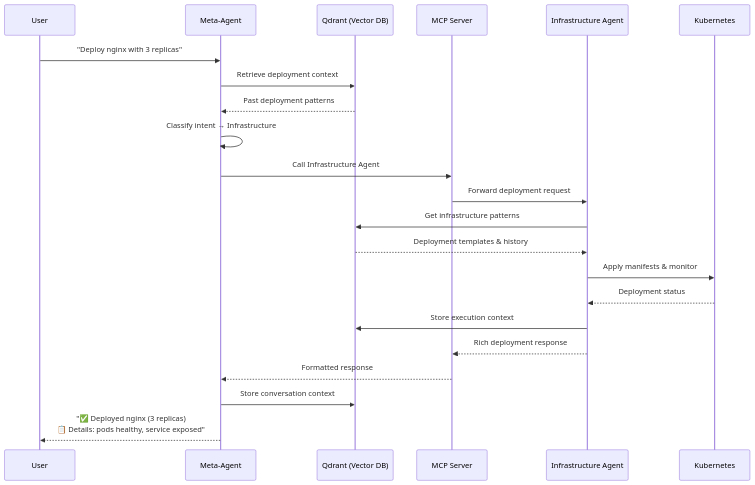
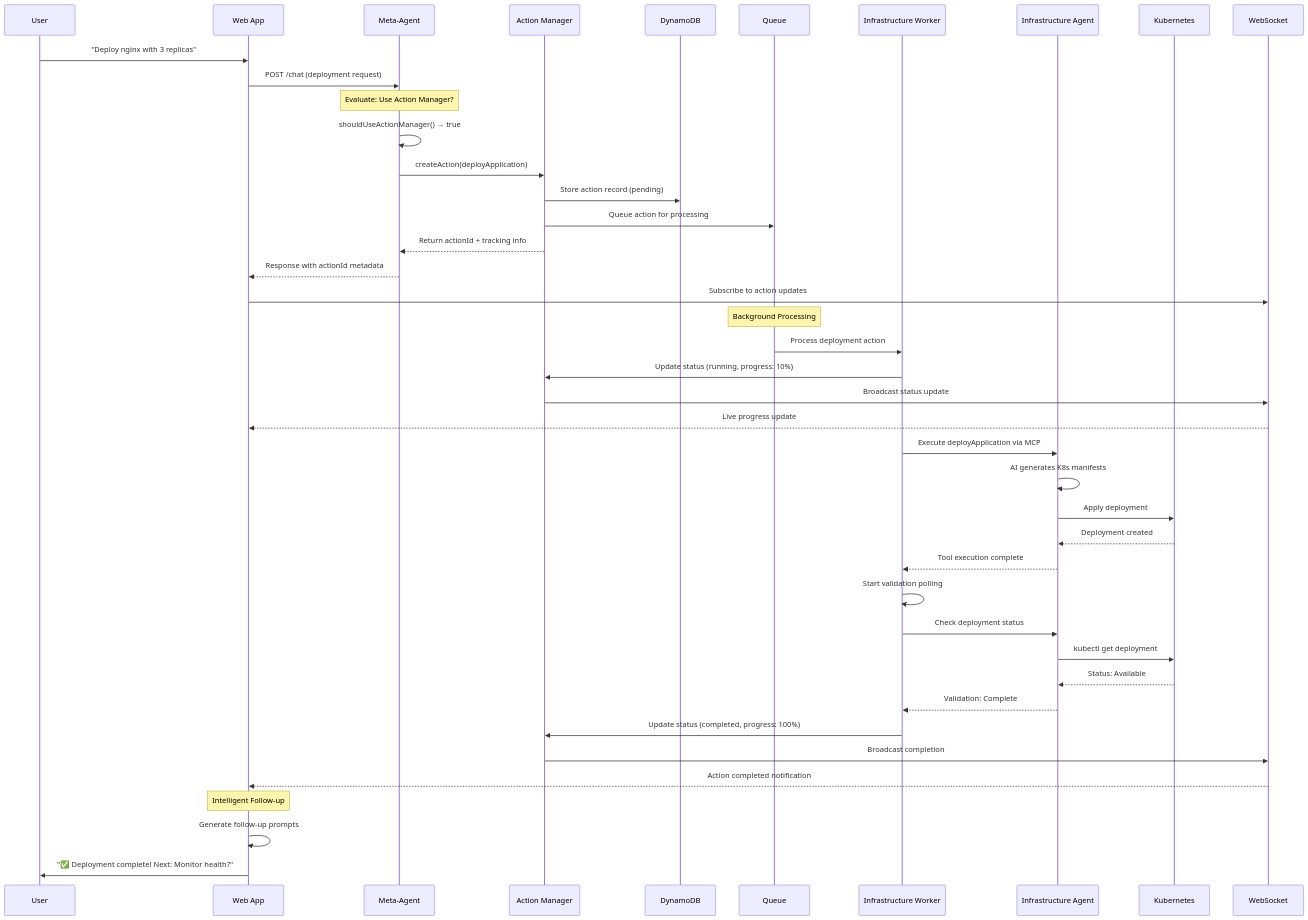
Before and after one commit to ayansasmal/idp-agent: the third of 6 diagrams in docs/MULTI-AGENT-ARCHITECTURE.md, drawn with Mermaid. The commit also changed other lines of this file and 4 other files, not shown here.

````diff
--- a/docs/MULTI-AGENT-ARCHITECTURE.md
+++ b/docs/MULTI-AGENT-ARCHITECTURE.md
@@ -40,25 +211,53 @@
 ```mermaid
 sequenceDiagram
     participant U as User
+    participant W as Web App
     participant M as Meta-Agent
-    participant Q as Qdrant (Vector DB)
-    participant MCP as MCP Server
+    participant AM as Action Manager
+    participant DB as DynamoDB
+    participant Q as Queue
+    participant IW as Infrastructure Worker
     participant IA as Infrastructure Agent
     participant K as Kubernetes
+    participant WS as WebSocket
 
-    U->>M: "Deploy nginx with 3 replicas"
-    M->>Q: Retrieve deployment context
-    Q-->>M: Past deployment patterns
-    M->>M: Classify intent → Infrastructure
-    M->>MCP: Call Infrastructure Agent
-    MCP->>IA: Forward deployment request
-    IA->>Q: Get infrastructure patterns
-    Q-->>IA: Deployment templates & history
-    IA->>K: Apply manifests & monitor
-    K-->>IA: Deployment status
-    IA->>Q: Store execution context
-    IA-->>MCP: Rich deployment response
-    MCP-->>M: Formatted response
-    M->>Q: Store conversation context
-    M-->>U: "✅ Deployed nginx (3 replicas)<br/>📋 Details: pods healthy, service exposed"
+    U->>W: "Deploy nginx with 3 replicas"
+    W->>M: POST /chat (deployment request)
+    
+    Note over M: Evaluate: Use Action Manager?
+    M->>M: shouldUseActionManager() → true
+    
+    M->>AM: createAction(deployApplication)
+    AM->>DB: Store action record (pending)
+    AM->>Q: Queue action for processing
+    AM-->>M: Return actionId + tracking info
+    
+    M-->>W: Response with actionId metadata
+    W->>WS: Subscribe to action updates
+    
+    Note over Q: Background Processing
+    Q->>IW: Process deployment action
+    IW->>AM: Update status (running, progress: 10%)
+    AM->>WS: Broadcast status update
+    WS-->>W: Live progress update
+    
+    IW->>IA: Execute deployApplication via MCP
+    IA->>IA: AI generates K8s manifests
+    IA->>K: Apply deployment
+    K-->>IA: Deployment created
+    IA-->>IW: Tool execution complete
+    
+    IW->>IW: Start validation polling
+    IW->>IA: Check deployment status
+    IA->>K: kubectl get deployment
+    K-->>IA: Status: Available
+    IA-->>IW: Validation: Complete
+    
+    IW->>AM: Update status (completed, progress: 100%)
+    AM->>WS: Broadcast completion
+    WS-->>W: Action completed notification
+    
+    Note over W: Intelligent Follow-up
+    W->>W: Generate follow-up prompts
+    W->>U: "✅ Deployment complete! Next: Monitor health?"
 ```
````
